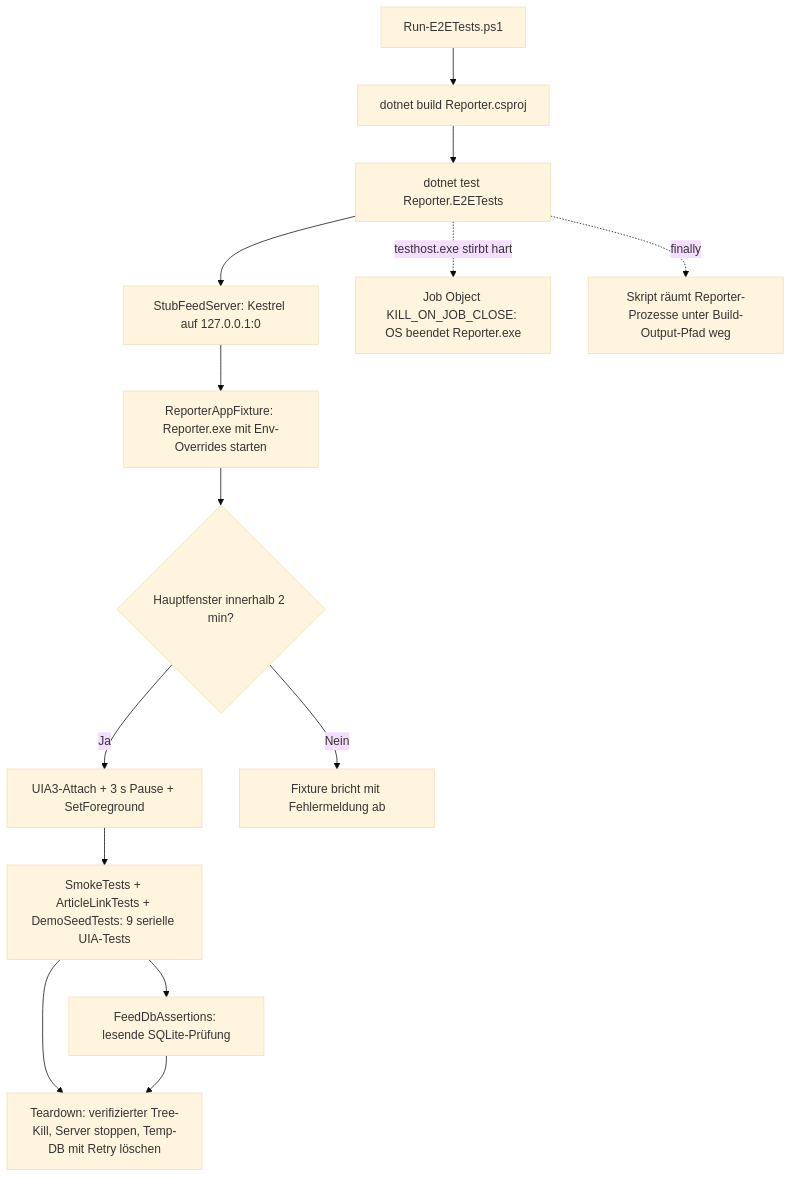
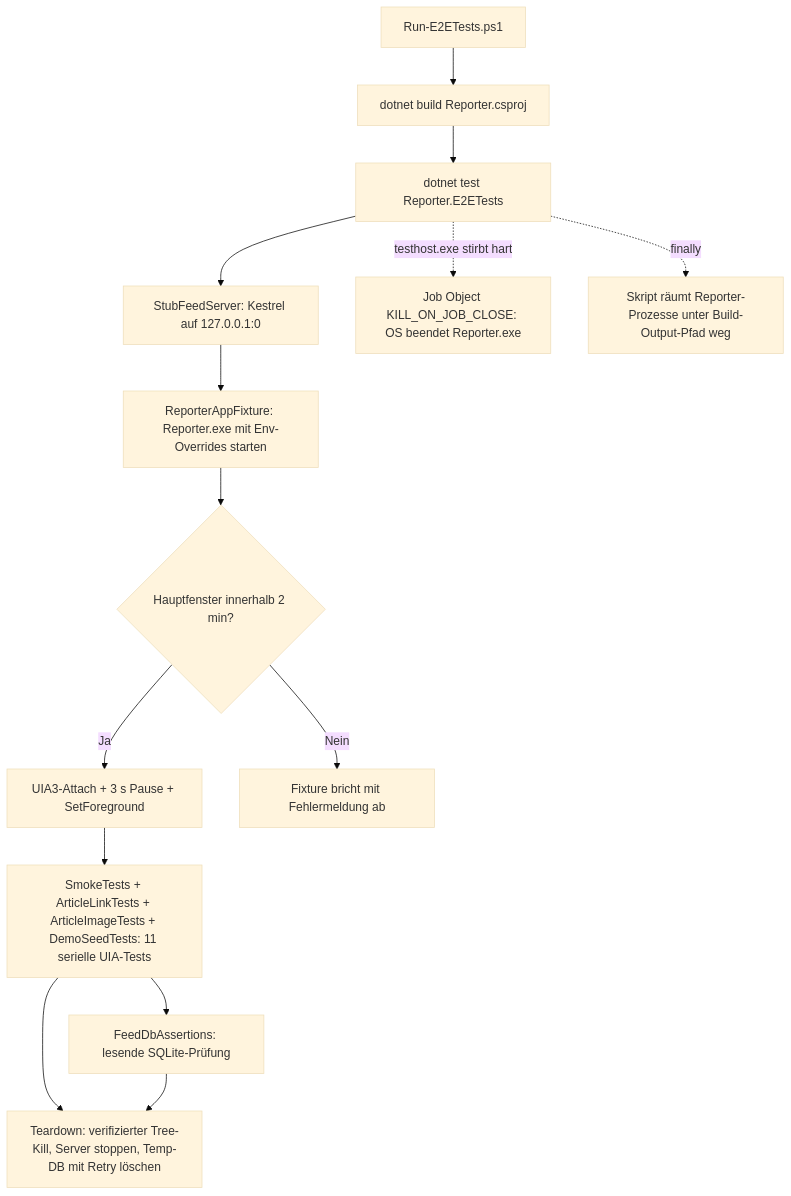
Before and after one commit to martin-stromberg/Reporter: the diagram in docs/help/tests/ablauf-technisch.md, drawn with Mermaid (base theme). The commit also changed other lines of this file and 81 other files, not shown here.

````diff
--- a/docs/help/tests/ablauf-technisch.md
+++ b/docs/help/tests/ablauf-technisch.md
@@ -74,16 +77,16 @@
 ```mermaid
 flowchart TD
     A[Run-E2ETests.ps1] --> B[dotnet build Reporter.csproj]
     B --> C[dotnet test Reporter.E2ETests]
     C --> D[StubFeedServer: Kestrel auf 127.0.0.1:0]
     D --> E[ReporterAppFixture: Reporter.exe mit Env-Overrides starten]
     E --> F{Hauptfenster innerhalb 2 min?}
     F -- Ja --> G[UIA3-Attach + 3 s Pause + SetForeground]
     F -- Nein --> H[Fixture bricht mit Fehlermeldung ab]
-    G --> I[SmokeTests + ArticleLinkTests + DemoSeedTests: 9 serielle UIA-Tests]
+    G --> I[SmokeTests + ArticleLinkTests + ArticleImageTests + DemoSeedTests: 11 serielle UIA-Tests]
     I --> J[FeedDbAssertions: lesende SQLite-Prüfung]
     I --> K[Teardown: verifizierter Tree-Kill, Server stoppen, Temp-DB mit Retry löschen]
     J --> K
     C -.->|testhost.exe stirbt hart| L[Job Object KILL_ON_JOB_CLOSE: OS beendet Reporter.exe]
     C -.->|finally| M[Skript räumt Reporter-Prozesse unter Build-Output-Pfad weg]
 ```
````
